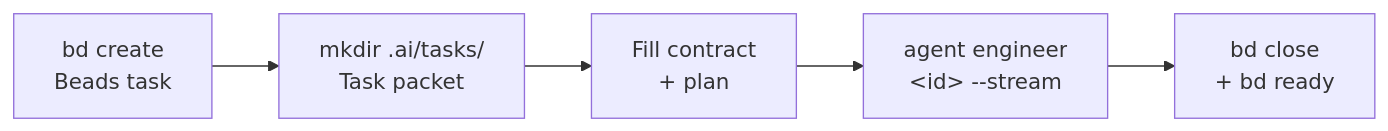
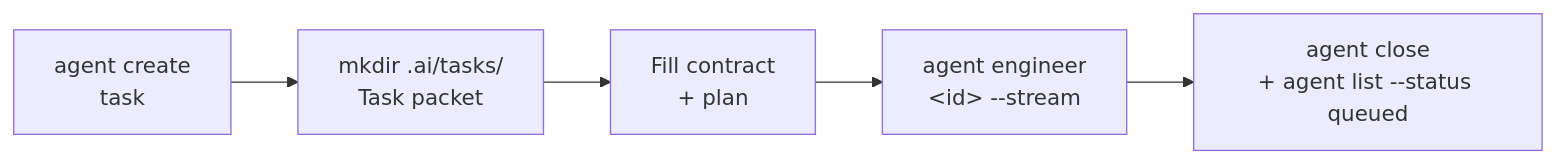
Before and after one commit to Cortexa-LLC/ai-pack: the sixth of 7 diagrams in README.md, drawn with Mermaid. The commit also changed other lines of this file and 117 other files, not shown here.

First line of the commit message:
feat: v2.2.0 - SQLite task database and native agent CLI

````diff
--- a/README.md
+++ b/README.md
@@ -595,7 +595,7 @@
 ```mermaid
 flowchart LR
-    A["bd create\nBeads task"] --> B["mkdir .ai/tasks/\nTask packet"]
+    A["agent create\ntask"] --> B["mkdir .ai/tasks/\nTask packet"]
     B --> C["Fill contract\n+ plan"]
     C --> D["agent engineer\n&lt;id&gt; --stream"]
-    D --> E["bd close\n+ bd ready"]
+    D --> E["agent close\n+ agent list --status queued"]
 ```
````
